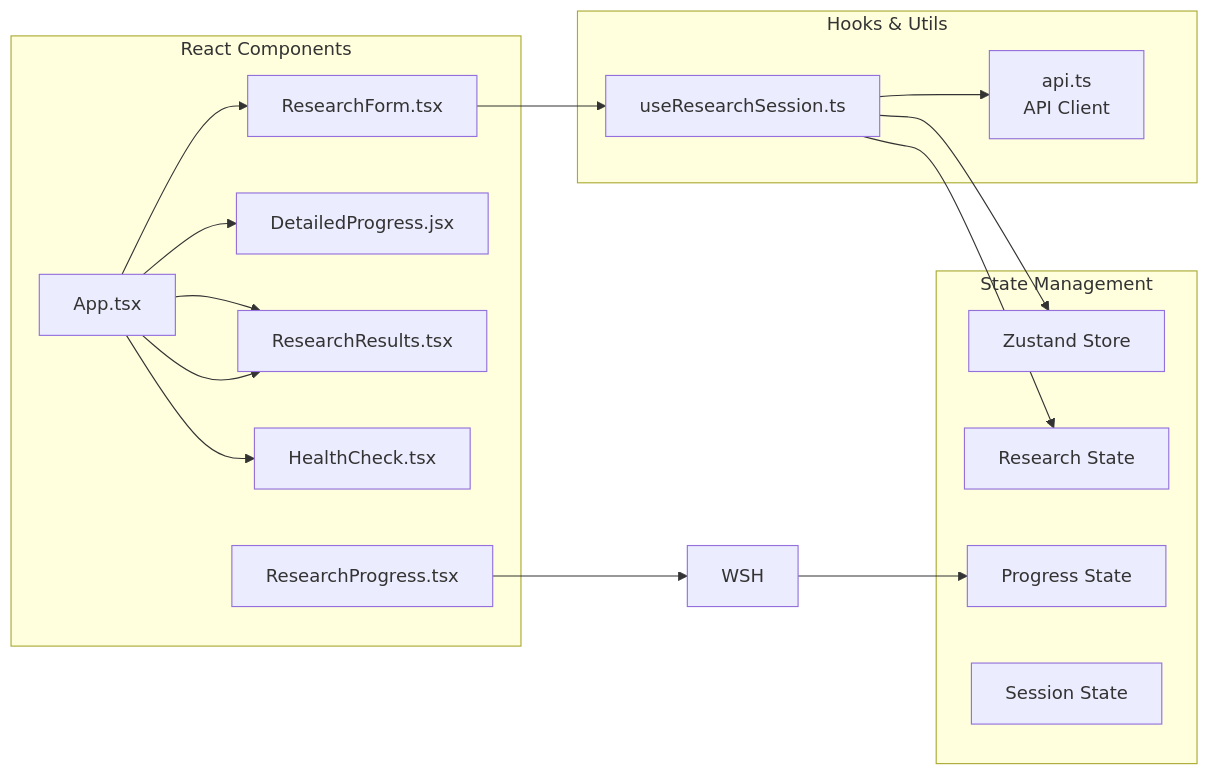
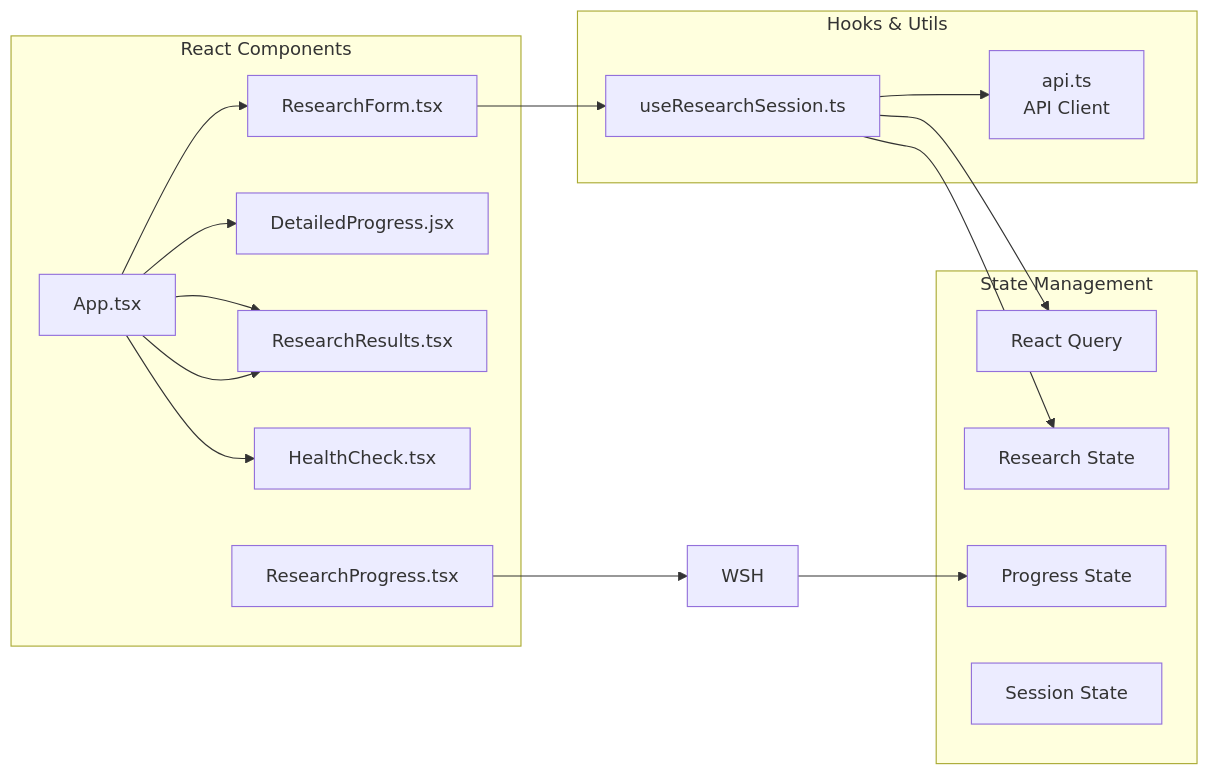
Before and after one commit to laurus-kpa007/open-deep-research: the second of 11 diagrams in ARCHITECTURE.md, drawn with Mermaid. The commit also changed other lines of this file and 2 other files, not shown here.

Commit message:
docs: Fix state management documentation - use React Query instead of Zustand
- Update all documentation to reflect React Query usage
- Remove references to Zustand store (not used in project)
- Fix frontend/src/store directory status (empty)
- Update architecture diagrams to show React Query
- Add React Hot Toast to tech stack documentation

The project actually uses @tanstack/react-query for state management,
not Zustand as previously documented.

🤖 Generated with [Claude Code](https://claude.ai/code)

````diff
--- a/ARCHITECTURE.md
+++ b/ARCHITECTURE.md
@@ -87,36 +87,36 @@
 ```mermaid
 graph LR
     subgraph "React Components"
         App[App.tsx]
         RF[ResearchForm.tsx]
         DP[DetailedProgress.jsx]
         RR[ResearchResults.tsx]
         HC[HealthCheck.tsx]
         RP[ResearchProgress.tsx]
     end
 
     subgraph "Hooks & Utils"
         URS[useResearchSession.ts]
         API[api.ts<br/>API Client]
     end
 
     subgraph "State Management"
-        ZS[Zustand Store]
+        RQ[React Query]
         RS[Research State]
         PS[Progress State]
         SS[Session State]
     end
 
     App --> RF
     App --> DP
     App --> RR
     URS --> API
-    URS --> ZS
+    URS --> RQ
     App --> RR
     App --> HC
     
     RF --> URS
     RP --> WSH
     URS --> RS
     WSH --> PS
 ```
````
